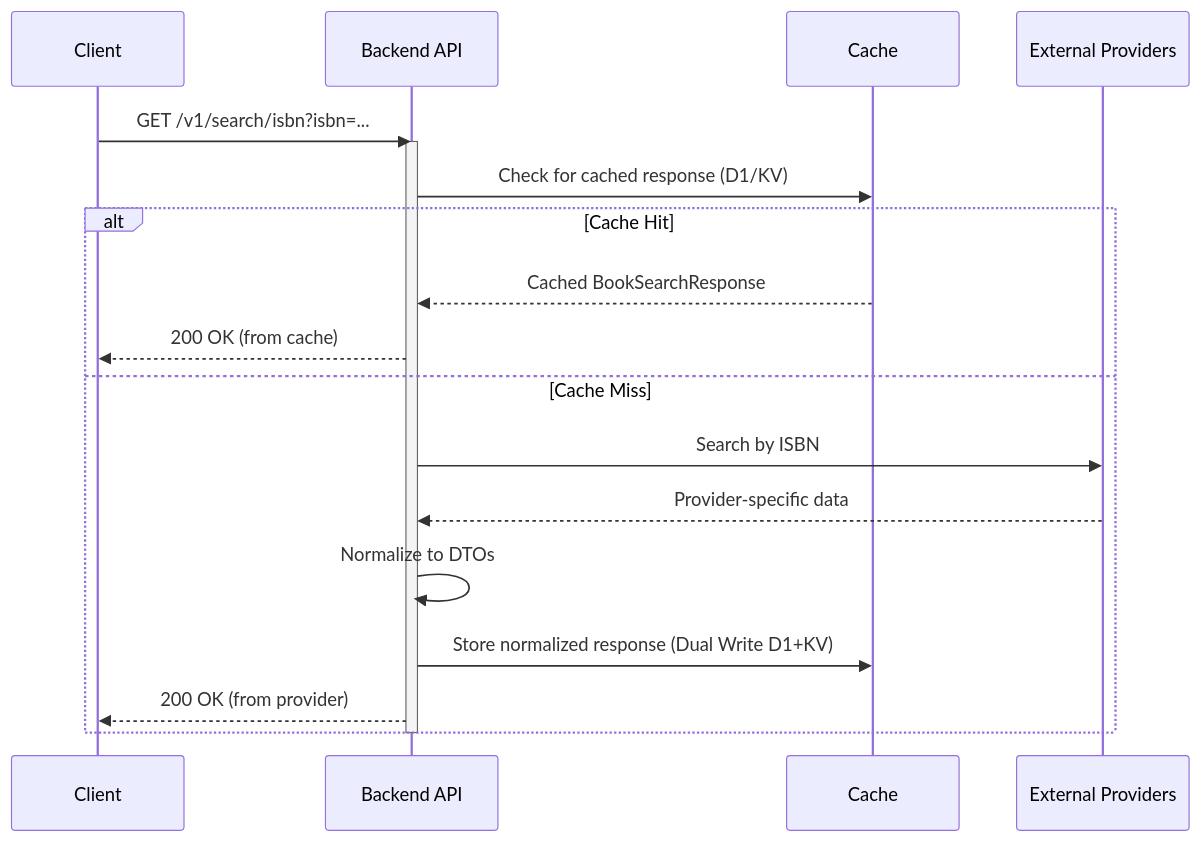
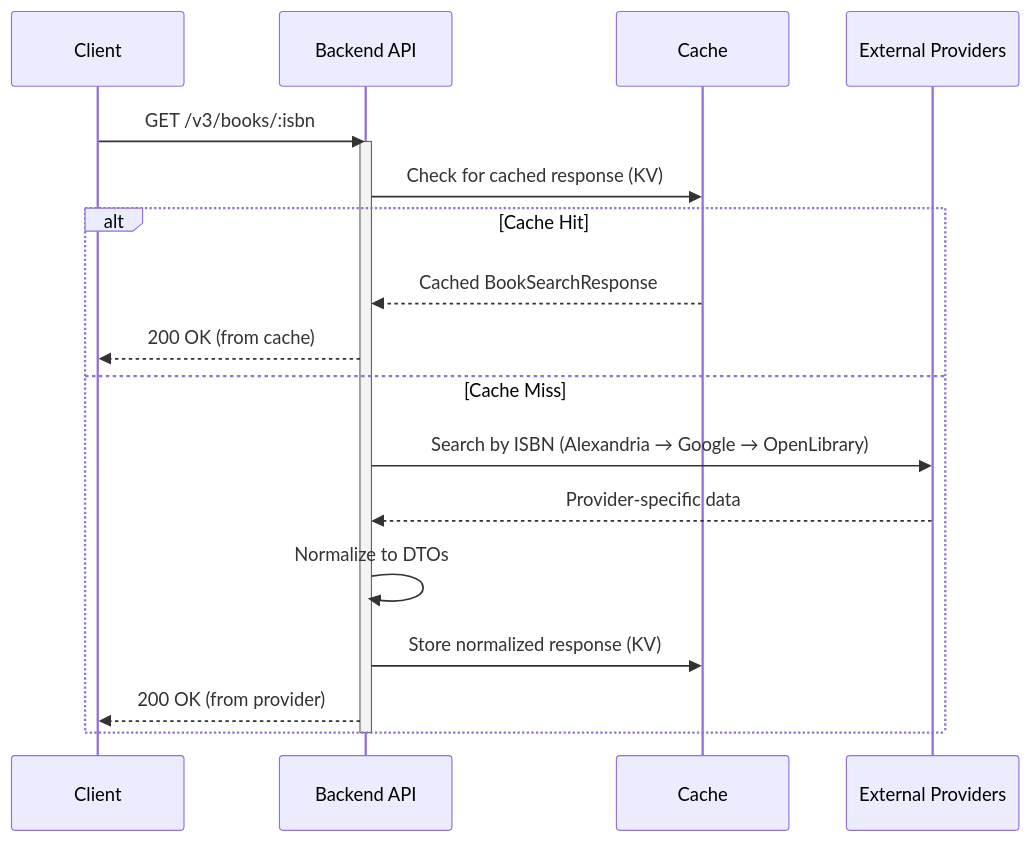
The fourth of 4 diagrams in docs/PRD.md (jukasdrj/bendv3), drawn with Mermaid before and after one commit. The commit also changed other lines of this file and 4 other files, not shown here.

````diff
--- a/docs/PRD.md
+++ b/docs/PRD.md
@@ -236,24 +237,24 @@
 ```mermaid
 sequenceDiagram
     participant Client
     participant Backend API
     participant Cache
     participant External Providers
 
-    Client->>Backend API: GET /v1/search/isbn?isbn=...
+    Client->>Backend API: GET /v3/books/:isbn
     activate Backend API
 
-    Backend API->>Cache: Check for cached response (D1/KV)
+    Backend API->>Cache: Check for cached response (KV)
     alt Cache Hit
         Cache-->>Backend API: Cached BookSearchResponse
         Backend API-->>Client: 200 OK (from cache)
     else Cache Miss
-        Backend API->>External Providers: Search by ISBN
+        Backend API->>External Providers: Search by ISBN (Alexandria → Google → OpenLibrary)
         External Providers-->>Backend API: Provider-specific data
         Backend API->>Backend API: Normalize to DTOs
-        Backend API->>Cache: Store normalized response (Dual Write D1+KV)
+        Backend API->>Cache: Store normalized response (KV)
         Backend API-->>Client: 200 OK (from provider)
     end
 
     deactivate Backend API
 ```
````
